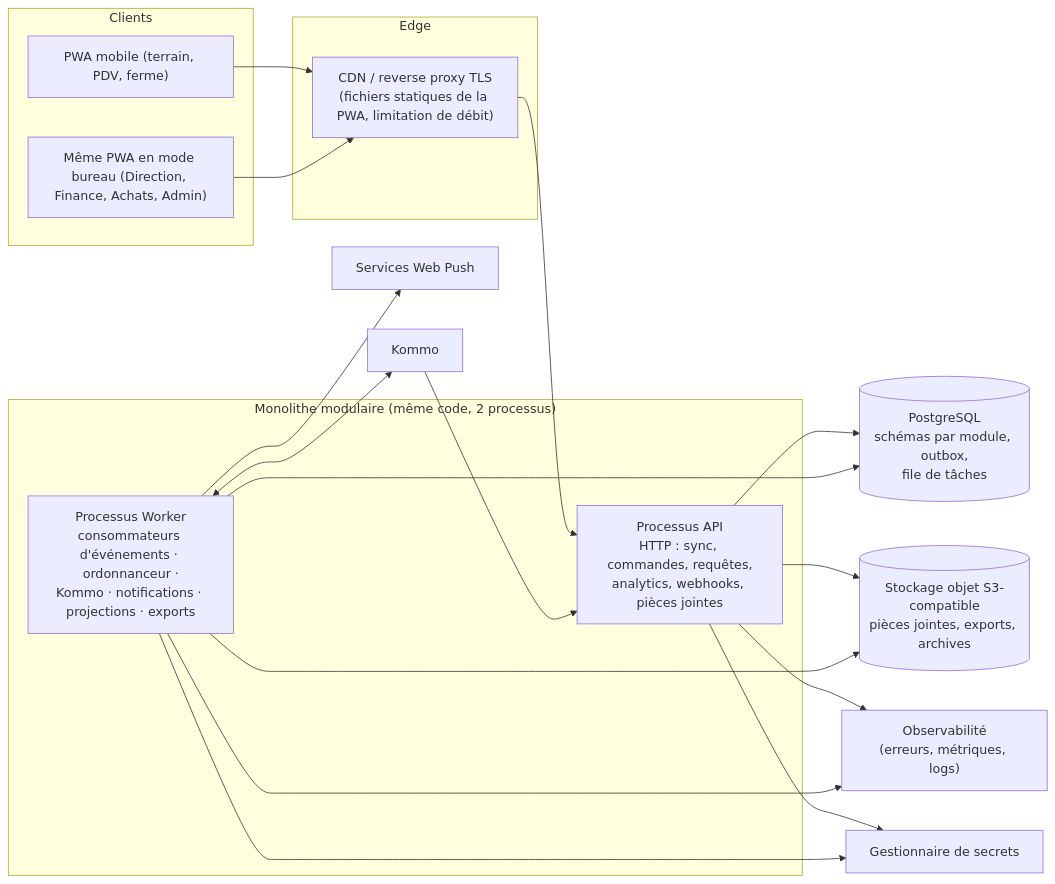
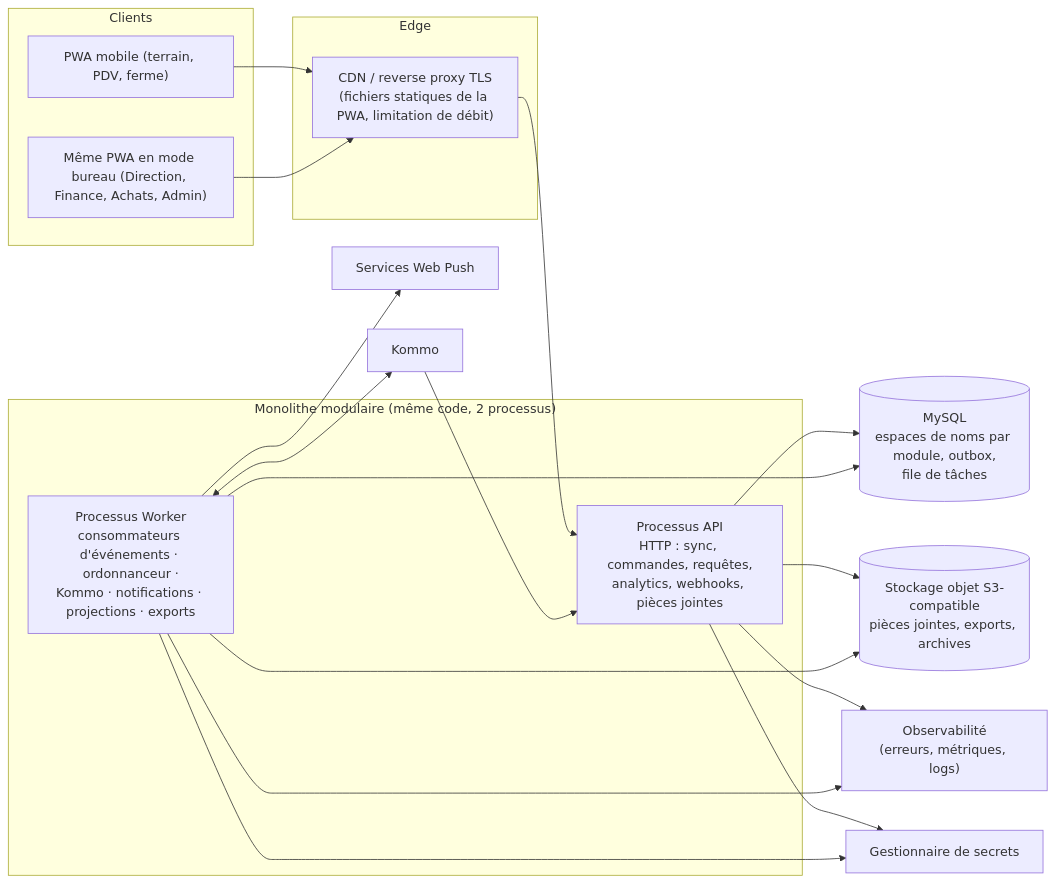
Before and after one commit to romiall/app.gic-agropelc: the first of 2 diagrams in docs/05-architecture/01-architecture-logicielle.md, drawn with Mermaid. The commit also changed other lines of this file and 39 other files, not shown here.

````diff
--- a/docs/05-architecture/01-architecture-logicielle.md
+++ b/docs/05-architecture/01-architecture-logicielle.md
@@ -18,33 +18,33 @@
 ```mermaid
 flowchart LR
   subgraph Clients
     PWA["PWA mobile (terrain, PDV, ferme)"]
     WEB["Même PWA en mode bureau (Direction, Finance, Achats, Admin)"]
   end
   subgraph Edge
     CDN["CDN / reverse proxy TLS<br/>(fichiers statiques de la PWA, limitation de débit)"]
   end
   subgraph App["Monolithe modulaire (même code, 2 processus)"]
     API["Processus API<br/>HTTP : sync, commandes, requêtes,<br/>analytics, webhooks, pièces jointes"]
     WRK["Processus Worker<br/>consommateurs d'événements · ordonnanceur ·<br/>Kommo · notifications · projections · exports"]
   end
-  PG[("PostgreSQL<br/>schémas par module, outbox,<br/>file de tâches")]
+  DB[("MySQL<br/>espaces de noms par module, outbox,<br/>file de tâches")]
   OBJ[("Stockage objet S3-compatible<br/>pièces jointes, exports, archives")]
   SEC["Gestionnaire de secrets"]
   PUSH["Services Web Push"]
   KOMMO["Kommo"]
   OBS["Observabilité<br/>(erreurs, métriques, logs)"]
   PWA --> CDN --> API
   WEB --> CDN
-  API --> PG
+  API --> DB
   API --> OBJ
-  WRK --> PG
+  WRK --> DB
   WRK --> OBJ
   WRK --> PUSH
   WRK <--> KOMMO
   KOMMO --> API
   API --> OBS
   WRK --> OBS
   API --> SEC
   WRK --> SEC
 ```
````
